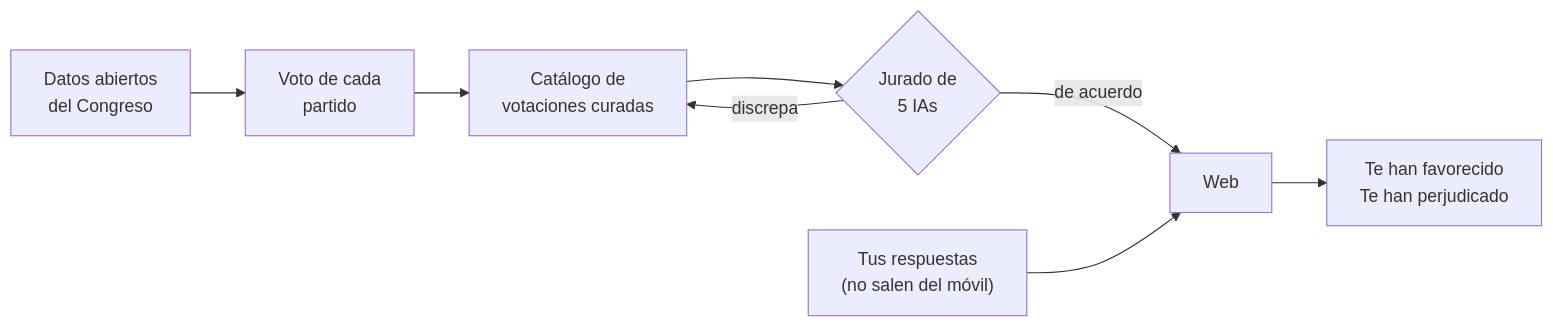
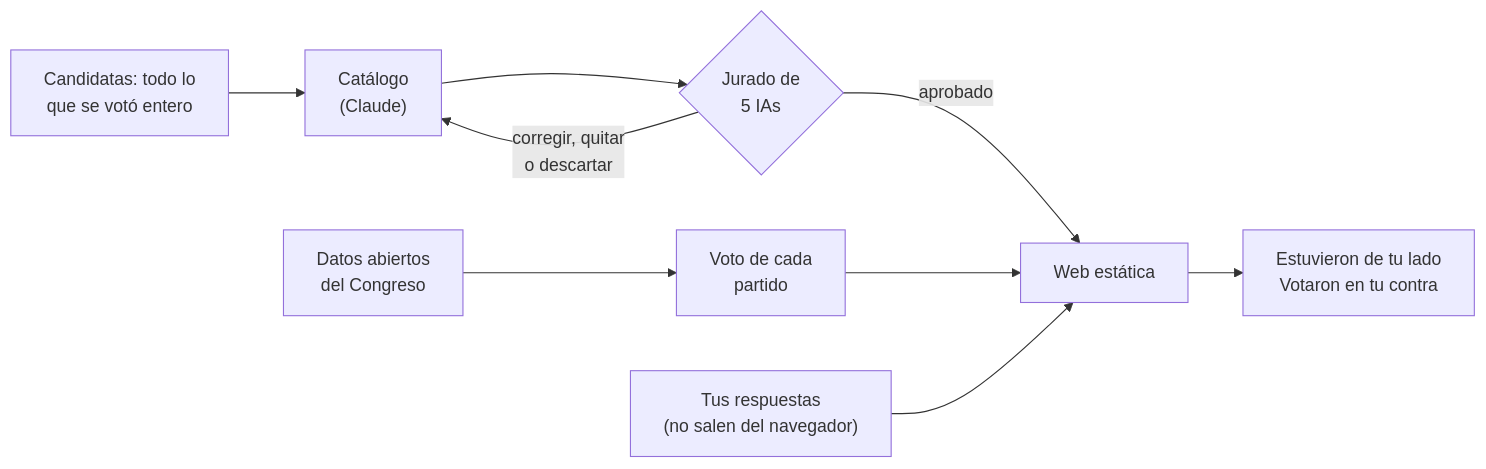
One commit to polmarza/vota changed the diagram in README.md. Above: the diagram before and after it, drawn with Mermaid. The commit also changed other lines of this file and 9 other files, not shown here.

````diff
--- a/README.md
+++ b/README.md
@@ -44,10 +80,11 @@
 ```mermaid
 flowchart LR
   A["Datos abiertos<br/>del Congreso"] --> B["Voto de cada<br/>partido"]
-  B --> C["Catálogo de<br/>votaciones curadas"]
-  C --> D{"Jurado de<br/>5 IAs"}
-  D -->|"de acuerdo"| E["Web"]
-  D -->|"discrepa"| C
-  F["Tus respuestas<br/>(no salen del móvil)"] --> E
-  E --> G["Te han favorecido<br/>Te han perjudicado"]
+  C["Candidatas: todo lo<br/>que se votó entero"] --> D["Catálogo<br/>(Claude)"]
+  D --> E{"Jurado de<br/>5 IAs"}
+  E -->|"aprobado"| F["Web estática"]
+  E -->|"corregir, quitar<br/>o descartar"| D
+  B --> F
+  G["Tus respuestas<br/>(no salen del navegador)"] --> F
+  F --> H["Estuvieron de tu lado<br/>Votaron en tu contra"]
 ```
````
